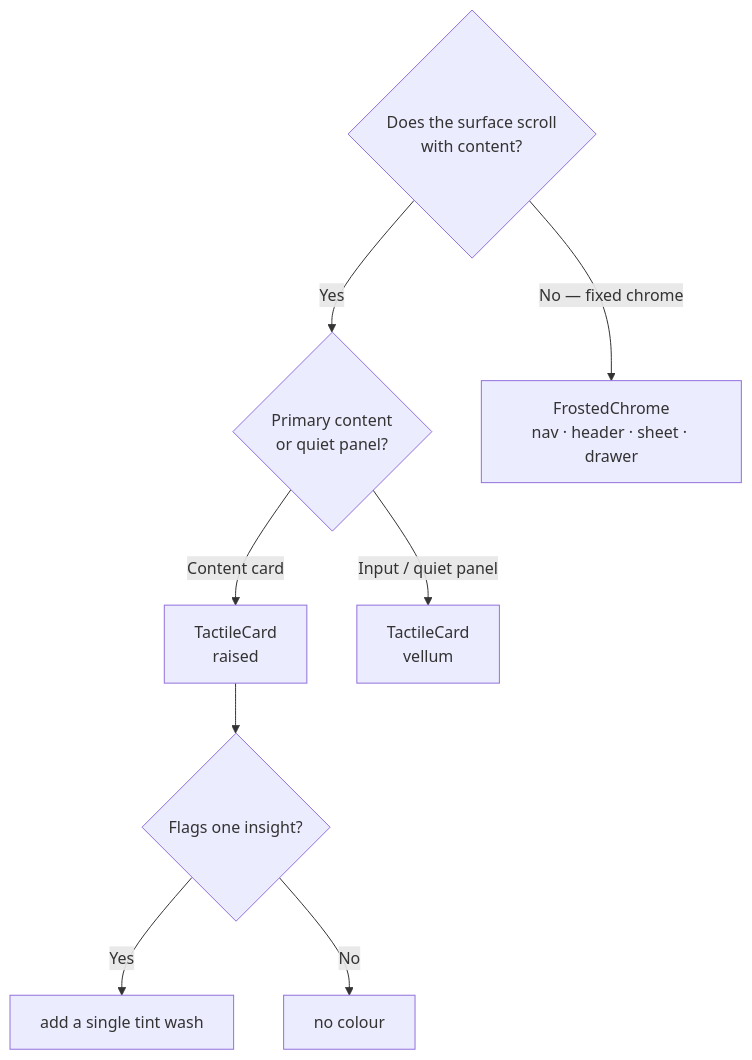
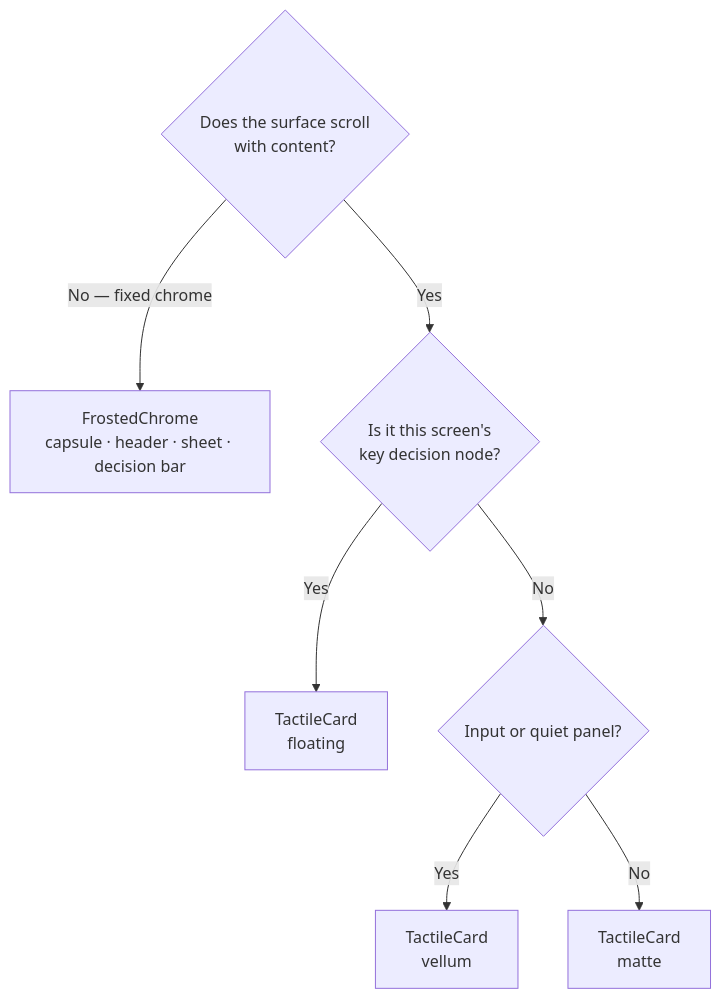
One commit to KrishKamra/Clarion changed the second of 2 diagrams in docs/DESIGN_SYSTEM.md. Above: the diagram before and after it, drawn with Mermaid. The commit also changed other lines of this file and 65 other files, not shown here.

````diff
--- a/docs/DESIGN_SYSTEM.md
+++ b/docs/DESIGN_SYSTEM.md
@@ -75,11 +78,10 @@
 ```mermaid
 flowchart TD
   Q1{"Does the surface scroll<br/>with content?"}
-  Q1 -- "Yes" --> Q2{"Primary content<br/>or quiet panel?"}
-  Q2 -- "Content card" --> RAISED["TactileCard<br/>raised"]
-  Q2 -- "Input / quiet panel" --> VELLUM["TactileCard<br/>vellum"]
-  Q1 -- "No — fixed chrome" --> FROST["FrostedChrome<br/>nav · header · sheet · drawer"]
-  RAISED --> Q3{"Flags one insight?"}
-  Q3 -- "Yes" --> TINT["add a single tint wash"]
-  Q3 -- "No" --> DONE["no colour"]
+  Q1 -- "No — fixed chrome" --> FROST["FrostedChrome<br/>capsule · header · sheet · decision bar"]
+  Q1 -- "Yes" --> Q2{"Is it this screen's<br/>key decision node?"}
+  Q2 -- "Yes" --> FLOAT["TactileCard<br/>floating"]
+  Q2 -- "No" --> Q3{"Input or quiet panel?"}
+  Q3 -- "Yes" --> VELLUM["TactileCard<br/>vellum"]
+  Q3 -- "No" --> MATTE["TactileCard<br/>matte"]
 ```
````
